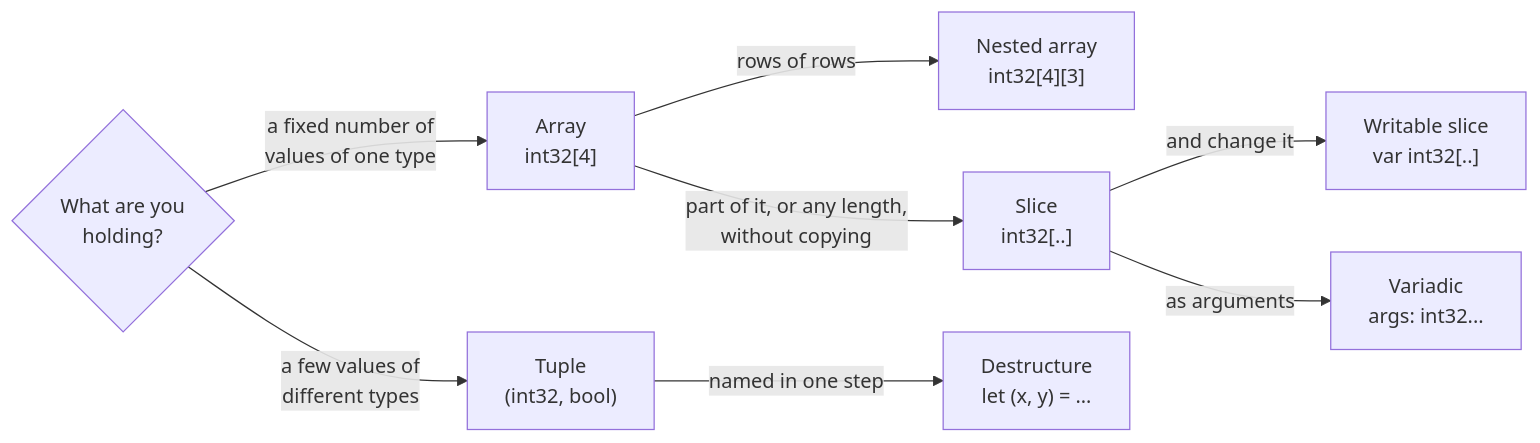
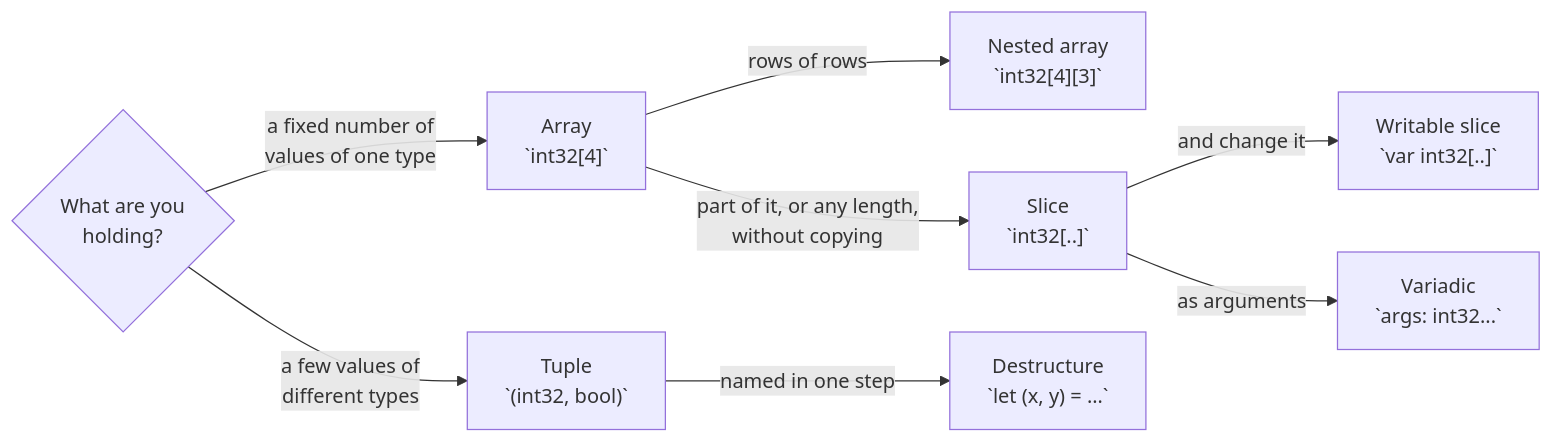
Before and after one commit to rux-lang/Web: the diagram in content/docs/1.learn/05.sequences/00.index.md, drawn with Mermaid. The commit also changed 49 other files, not shown here.

First line of the commit message:
Teach that primitive types are built in in the Intrinsic lesson

````diff
--- a/content/docs/1.learn/05.sequences/00.index.md
+++ b/content/docs/1.learn/05.sequences/00.index.md
@@ -24,10 +24,10 @@
 ```mermaid
 flowchart LR
-    q{"What are you<br/>holding?"} -- "a fixed number of<br/>values of one type" --> a["Array<br/>int32[4]"]
-    a -- "rows of rows" --> n["Nested array<br/>int32[4][3]"]
-    a -- "part of it, or any length,<br/>without copying" --> s["Slice<br/>int32[..]"]
-    s -- "and change it" --> w["Writable slice<br/>var int32[..]"]
-    s -- "as arguments" --> v["Variadic<br/>args: int32..."]
-    q -- "a few values of<br/>different types" --> t["Tuple<br/>(int32, bool)"]
-    t -- "named in one step" --> d["Destructure<br/>let (x, y) = …"]
+    q{"What are you<br/>holding?"} -- "a fixed number of<br/>values of one type" --> a["Array<br/>`int32[4]`"]
+    a -- "rows of rows" --> n["Nested array<br/>`int32[4][3]`"]
+    a -- "part of it, or any length,<br/>without copying" --> s["Slice<br/>`int32[..]`"]
+    s -- "and change it" --> w["Writable slice<br/>`var int32[..]`"]
+    s -- "as arguments" --> v["Variadic<br/>`args: int32...`"]
+    q -- "a few values of<br/>different types" --> t["Tuple<br/>`(int32, bool)`"]
+    t -- "named in one step" --> d["Destructure<br/>`let (x, y) = …`"]
 ```
````
